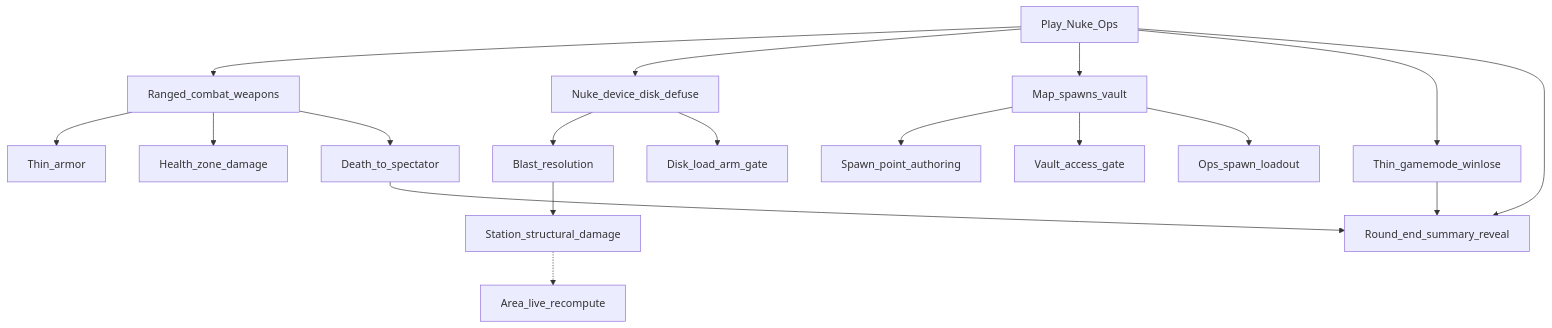
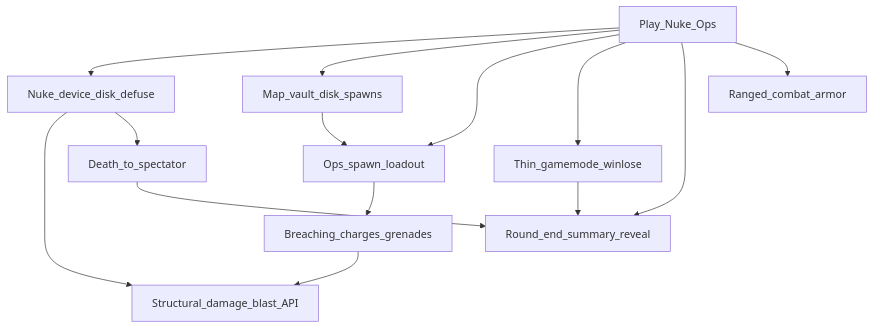
One commit to henkhooft/SS3D changed the diagram in Documents/milestones/mvp1-nuke-ops.md. Above: the diagram before and after it, drawn with Mermaid. The commit also changed other lines of this file and 1 other file, not shown here.

First line of the commit message:
Retarget MVP1 milestones to the nuke loop, not wall physics.

````diff
--- a/Documents/milestones/mvp1-nuke-ops.md
+++ b/Documents/milestones/mvp1-nuke-ops.md
@@ -26,37 +25,27 @@
 ```mermaid
 flowchart TB
   mvp1[Play_Nuke_Ops]
-  combat[Ranged_combat_weapons]
-  armor[Thin_armor]
-  health[Health_zone_damage]
+  combat[Ranged_combat_armor]
+  struct[Structural_damage_blast_API]
   death[Death_to_spectator]
-  struct[Station_structural_damage]
-  arearecompute[Area_live_recompute]
-  blast[Blast_resolution]
   nuke[Nuke_device_disk_defuse]
-  diskload[Disk_load_arm_gate]
-  map[Map_spawns_vault]
-  spawns[Spawn_point_authoring]
-  vault[Vault_access_gate]
+  items[Breaching_charges_grenades]
+  map[Map_vault_disk_spawns]
   loadout[Ops_spawn_loadout]
   mode[Thin_gamemode_winlose]
   roundend[Round_end_summary_reveal]
 
-  mvp1 --> combat
   mvp1 --> nuke
   mvp1 --> map
+  mvp1 --> loadout
   mvp1 --> mode
   mvp1 --> roundend
-  combat --> armor
-  combat --> health
-  combat --> death
+  mvp1 --> combat
+  nuke --> struct
+  nuke --> death
+  items --> struct
+  loadout --> items
+  mode --> roundend
   death --> roundend
-  mode --> roundend
-  nuke --> blast
-  nuke --> diskload
-  blast --> struct
-  struct -.-> arearecompute
-  map --> spawns
-  map --> vault
   map --> loadout
 ```
````
